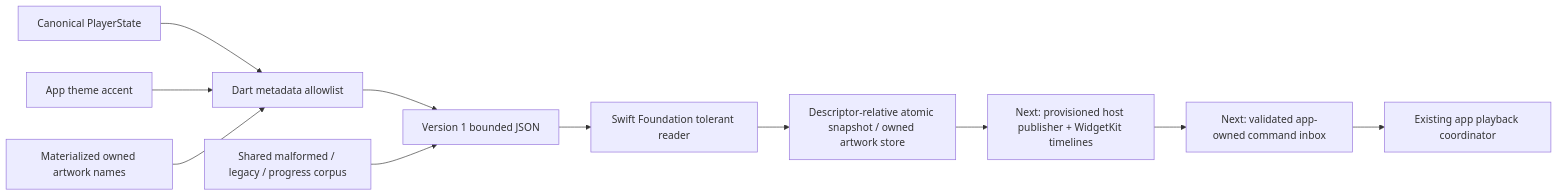
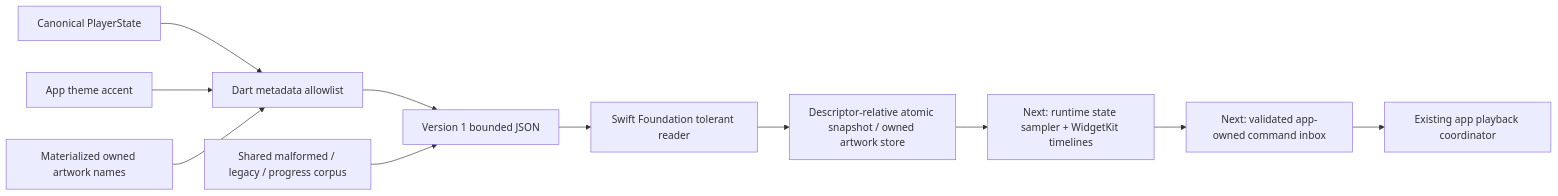
Before and after one commit to Lokal-music/lokal-mobile: the first of 3 diagrams in docs/IOS_WIDGETKIT.md, drawn with Mermaid. The commit also changed other lines of this file and 16 other files, not shown here.

````diff
--- a/docs/IOS_WIDGETKIT.md
+++ b/docs/IOS_WIDGETKIT.md
@@ -17,13 +21,13 @@
 ```mermaid
 flowchart LR
   State[Canonical PlayerState] --> Builder[Dart metadata allowlist]
   Theme[App theme accent] --> Builder
   Owned[Materialized owned artwork names] --> Builder
   Builder --> Contract[Version 1 bounded JSON]
   Corpus[Shared malformed / legacy / progress corpus] --> Contract
   Contract --> Reader[Swift Foundation tolerant reader]
   Reader --> Store[Descriptor-relative atomic snapshot / owned artwork store]
-  Store --> Future[Next: provisioned host publisher + WidgetKit timelines]
+  Store --> Future[Next: runtime state sampler + WidgetKit timelines]
   Future --> Action[Next: validated app-owned command inbox]
   Action --> Coordinator[Existing app playback coordinator]
 ```
````
